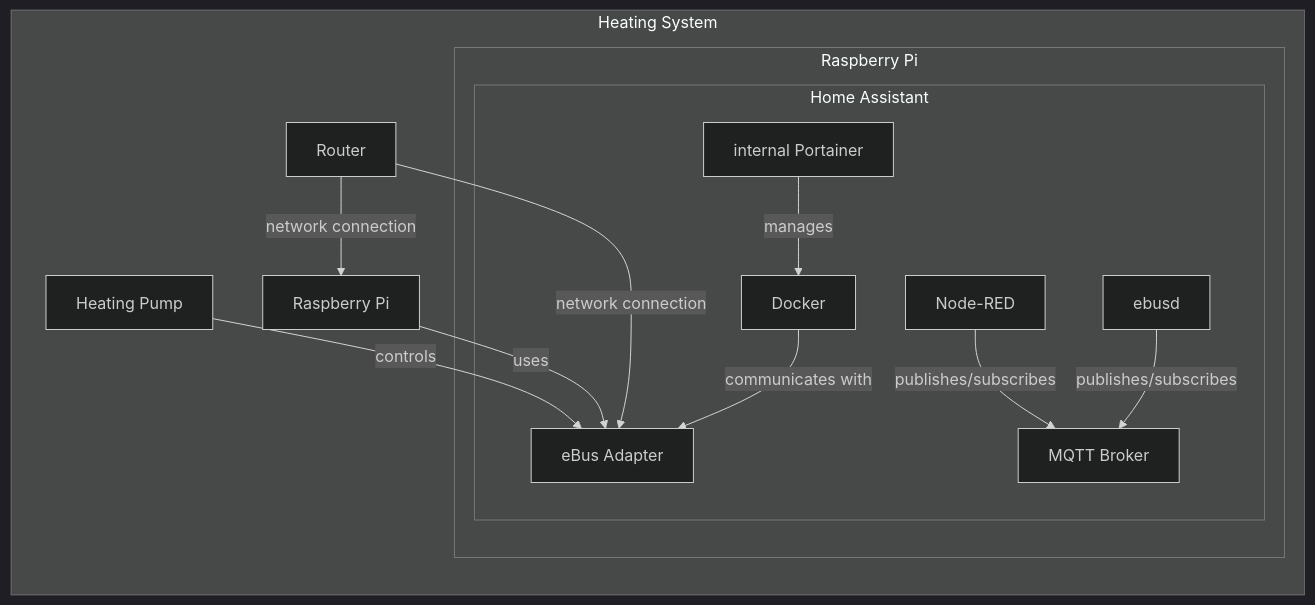
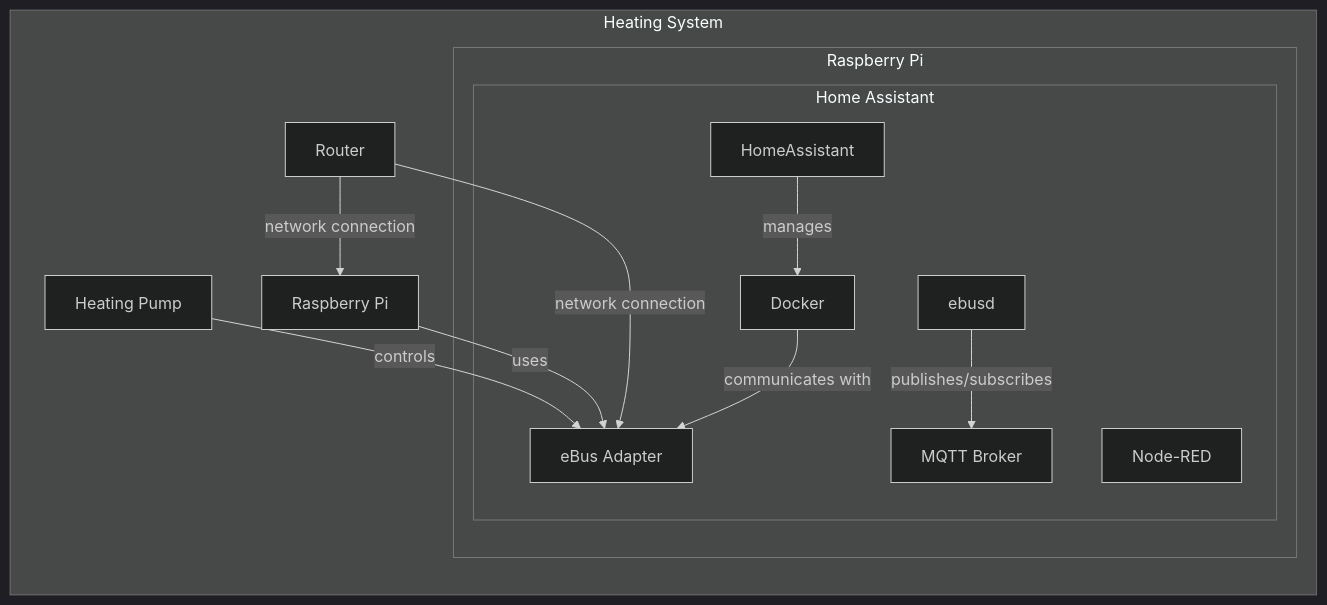
Before and after one commit to wiedwo/ebusd-guide-Ochsner-GMWW-with-Home-Assistant: the diagram in README.md, drawn with Mermaid.

````diff
--- a/README.md
+++ b/README.md
@@ -16,25 +16,23 @@
 ```mermaid
 %%{init: {'theme':'dark'}}%%
 graph LR  
     subgraph Heating System  
         Pump[Heating Pump] -->|controls| Adapter[eBus Adapter]  
         Pi[Raspberry Pi] -->|uses| Adapter  
         Router[Router] -->|network connection| Pi  
         Router -->|network connection| Adapter  
         
         subgraph Raspberry Pi  
             subgraph Home Assistant  
                 NodeRed[Node-RED]  
                 Ebusd[ebusd]  
                 MqttBroker[MQTT Broker]  
-                Portainer[internal Portainer]
+                Portainer[HomeAssistant]
                 Docker -->|communicates with| Adapter 
             end  
-  
-            NodeRed -->|publishes/subscribes| MqttBroker  
             Ebusd -->|publishes/subscribes| MqttBroker  
             Portainer -->|manages| Docker  
         end  
     end  
 
 ```
````
